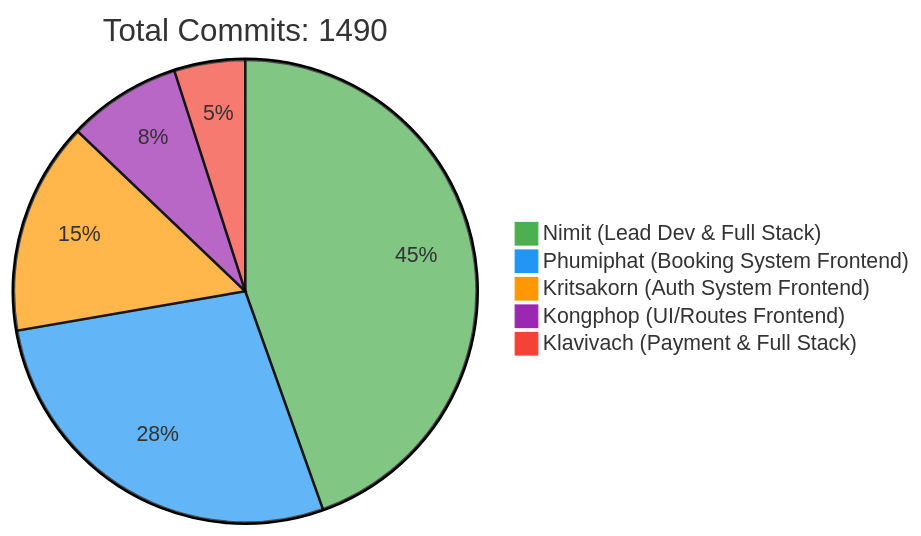
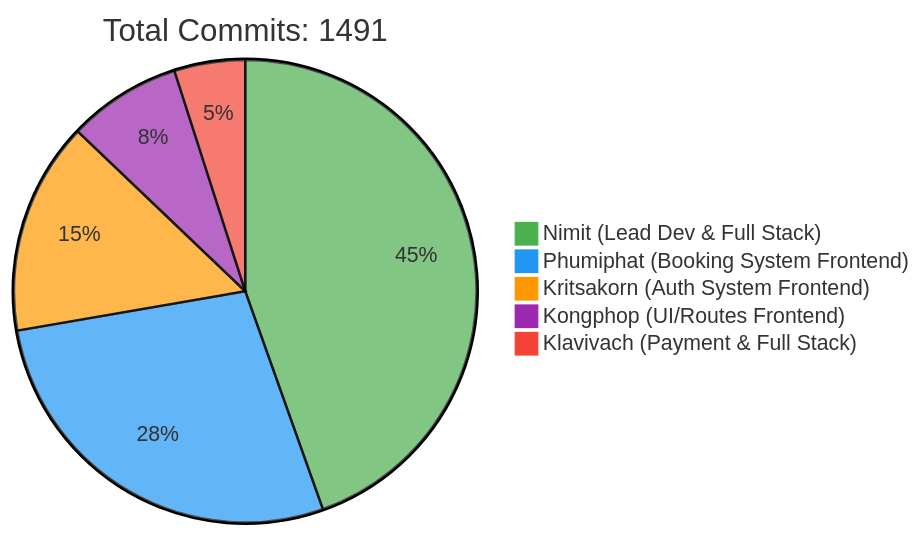
One commit to 6531503042/Sport-Complex changed the first of 2 diagrams in README.md. Above: the diagram before and after it, drawn with Mermaid. The commit also changed other lines of this file, not shown here.

Commit message:
docs: Update contributor statistics [skip ci]

````diff
--- a/README.md
+++ b/README.md
@@ -257,10 +257,10 @@
 ```mermaid
 %%{init: {'theme': 'base', 'themeVariables': { 'pie1': '#4CAF50', 'pie2': '#2196F3', 'pie3': '#FF9800', 'pie4': '#9C27B0', 'pie5': '#F44336'}}}%%
 pie
-    title Total Commits: 1490
+    title Total Commits: 1491
     "Nimit (Lead Dev & Full Stack)" : 450
     "Phumiphat (Booking System Frontend)" : 280
     "Kritsakorn (Auth System Frontend)" : 150
     "Kongphop (UI/Routes Frontend)" : 80
     "Klavivach (Payment & Full Stack)" : 50
 ```
````
